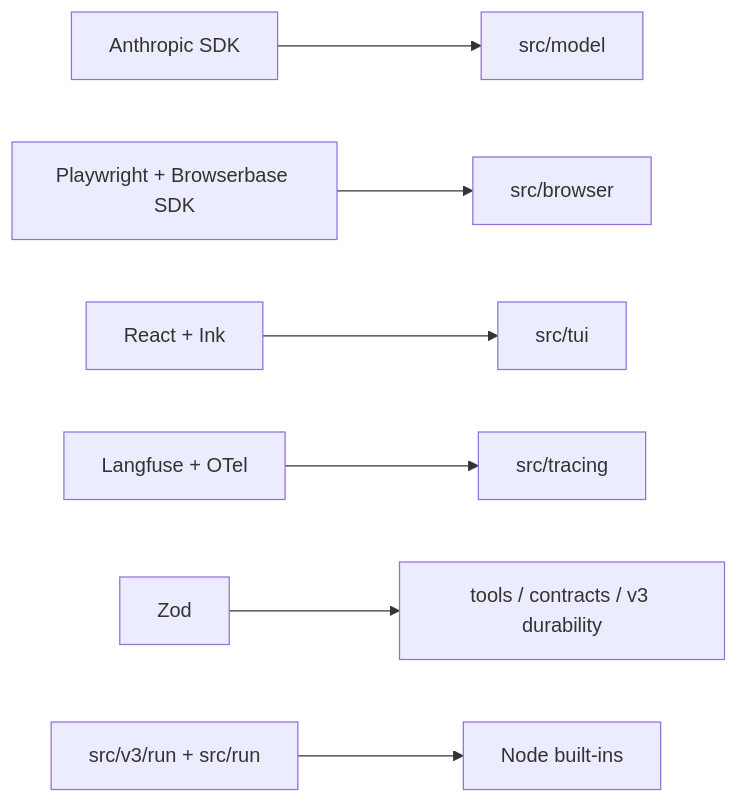
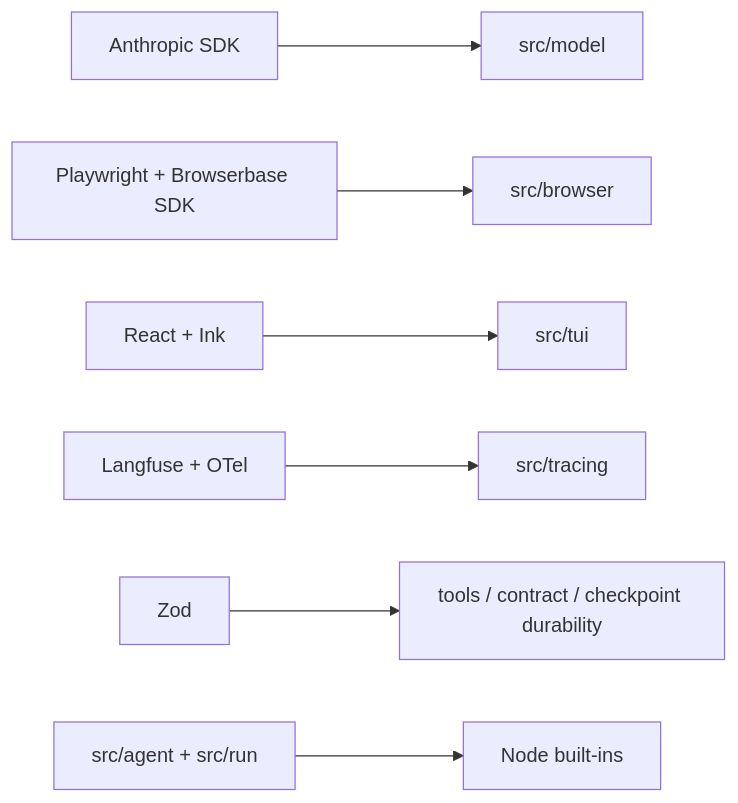
The diagram in .agents/summary/dependencies.md (briosolivares/evidence-collection-agent), drawn with Mermaid before and after one commit. The commit also changed other lines of this file and 14 other files, not shown here.

Commit message:
docs: refresh simplified production architecture

````diff
--- a/.agents/summary/dependencies.md
+++ b/.agents/summary/dependencies.md
@@ -33,9 +33,9 @@
 ```mermaid
 graph LR
     SDK["Anthropic SDK"] --> MODEL["src/model"]
     PW["Playwright + Browserbase SDK"] --> BROWSER["src/browser"]
     UI["React + Ink"] --> TUI["src/tui"]
     OBS["Langfuse + OTel"] --> TRACE["src/tracing"]
-    ZOD["Zod"] --> SCHEMAS["tools / contracts / v3 durability"]
-    CORE["src/v3/run + src/run"] --> NODE["Node built-ins"]
+    ZOD["Zod"] --> SCHEMAS["tools / contract / checkpoint durability"]
+    CORE["src/agent + src/run"] --> NODE["Node built-ins"]
 ```
````
